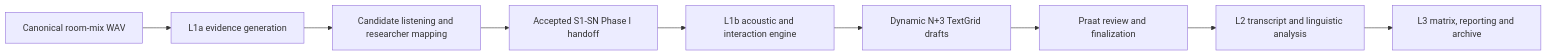
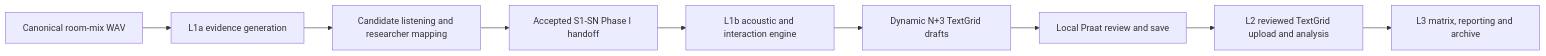
The diagram in spec/design.md (hugowell18/MWU), drawn with Mermaid before and after one commit. The commit also changed other lines of this file and 36 other files, not shown here.

````diff
--- a/spec/design.md
+++ b/spec/design.md
@@ -11,11 +11,11 @@
 ```mermaid
 flowchart LR
   WAV[Canonical room-mix WAV] --> A[L1a evidence generation]
   A --> B[Candidate listening and researcher mapping]
   B --> C[Accepted S1-SN Phase I handoff]
   C --> D[L1b acoustic and interaction engine]
   D --> E[Dynamic N+3 TextGrid drafts]
-  E --> F[Praat review and finalization]
-  F --> G[L2 transcript and linguistic analysis]
+  E --> F[Local Praat review and save]
+  F --> G[L2 reviewed TextGrid upload and analysis]
   G --> H[L3 matrix, reporting and archive]
 ```
````
